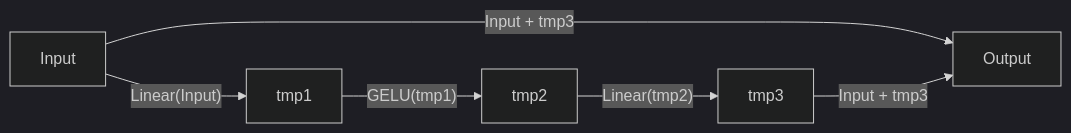
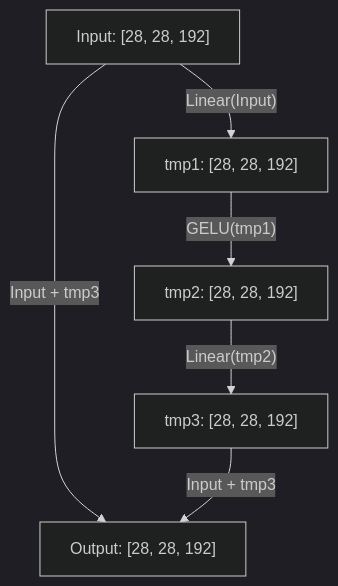
The sixth of 6 diagrams in docs/design.md (dianhsu/swin-transformer-processor), drawn with Mermaid (dark theme) before and after one commit. The commit also changed other lines of this file and 3 other files, not shown here.

````diff
--- a/docs/design.md
+++ b/docs/design.md
@@ -310,8 +301,8 @@
 ```mermaid
-graph LR
-    Input -- "Linear(Input)" --> tmp1
-    tmp1 -- "GELU(tmp1)" --> tmp2
-    tmp2 -- "Linear(tmp2)" --> tmp3
+graph TD
+    Input["Input: [28, 28, 192]"] -- "Linear(Input)" --> tmp1
+    tmp1["tmp1: [28, 28, 192]"] -- "GELU(tmp1)" --> tmp2
+    tmp2["tmp2: [28, 28, 192]"] -- "Linear(tmp2)" --> tmp3
     Input -- "Input + tmp3" --> Output
-    tmp3 -- "Input + tmp3" --> Output
+    tmp3["tmp3: [28, 28, 192]"] -- "Input + tmp3" --> Output["Output: [28, 28, 192]"]
 ```
````
